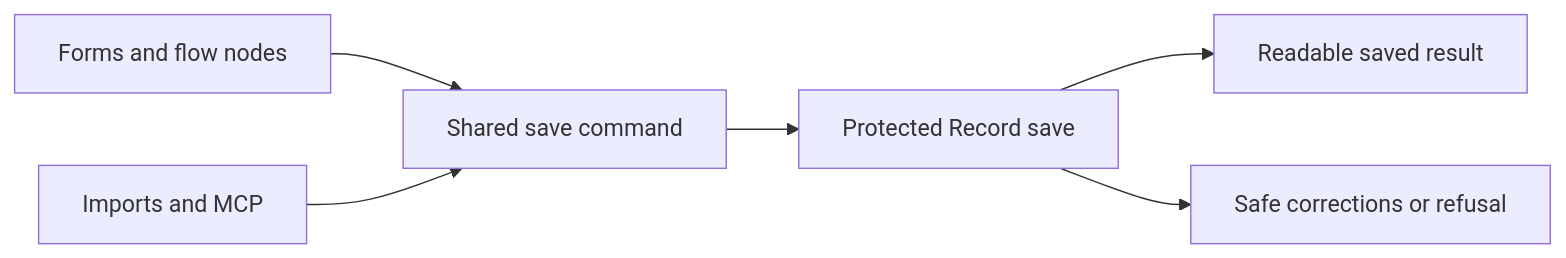
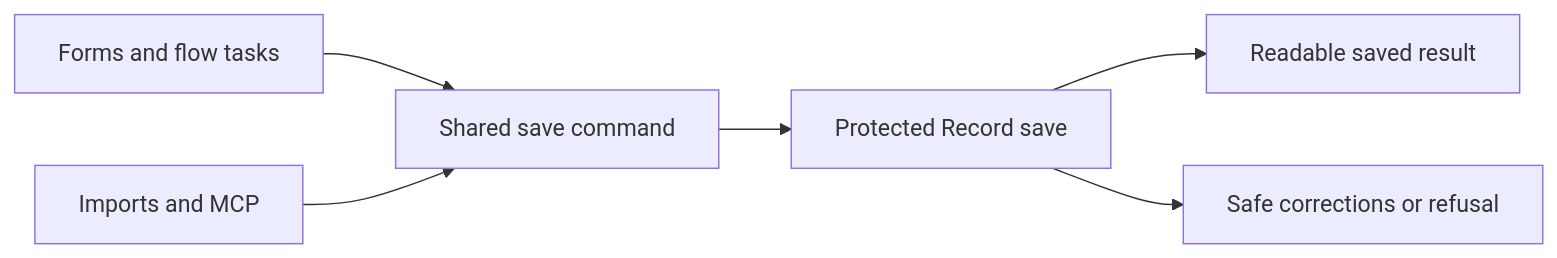
Before and after one commit to Abzum-NZ/Abzum-Vortex: the seventh of 8 diagrams in docs/specification/appendices/data-contracts.md, drawn with Mermaid. The commit also changed other lines of this file and 6 other files, not shown here.

First line of the commit message:
#978 Align the workflow, application and runtime-service specification with the flow language

````diff
--- a/docs/specification/appendices/data-contracts.md
+++ b/docs/specification/appendices/data-contracts.md
@@ -564,8 +564,8 @@
 ```mermaid
 flowchart LR
-    UI[Forms and flow nodes] --> C[Shared save command]
+    UI[Forms and flow tasks] --> C[Shared save command]
     API[Imports and MCP] --> C
     C --> S[Protected Record save]
     S --> R[Readable saved result]
     S --> E[Safe corrections or refusal]
 ```
````
